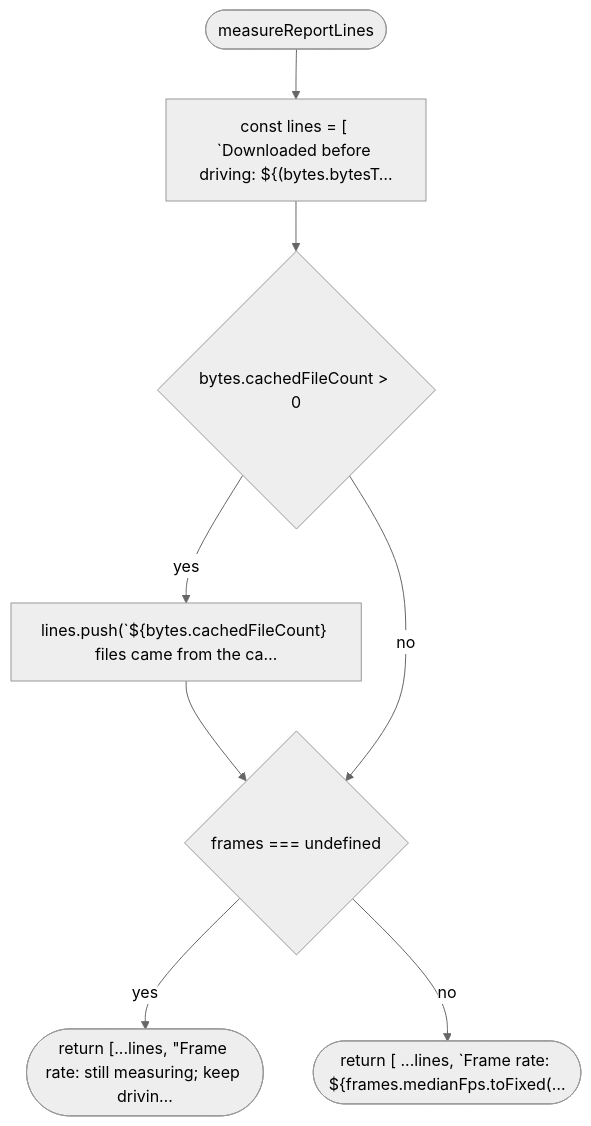
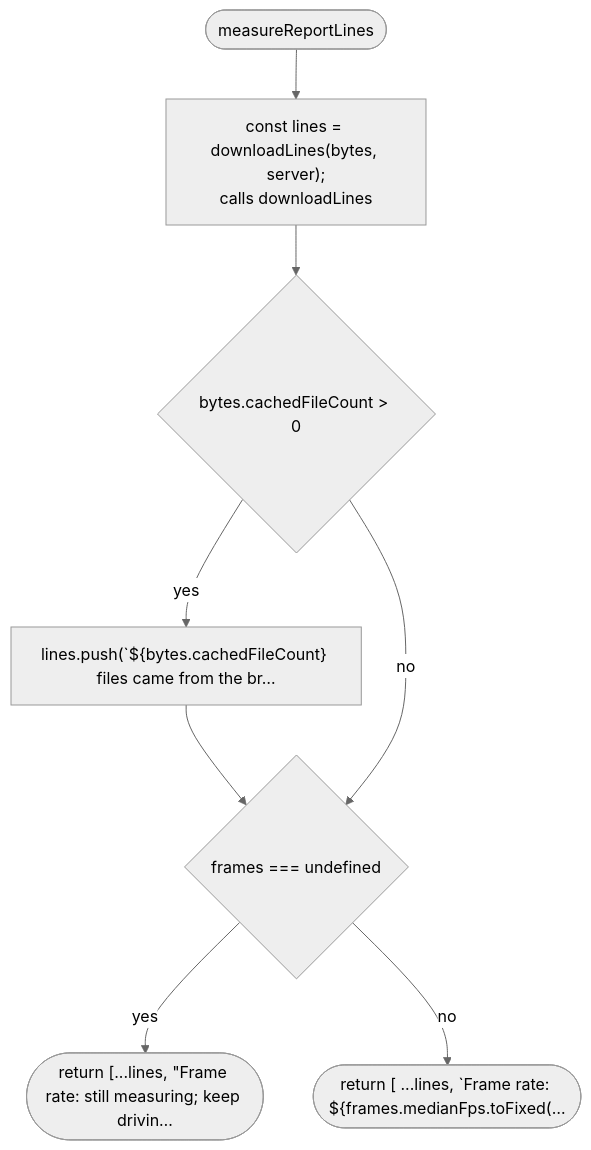
One commit to NewDara-Star/world-engine changed diagram 13 of 13 in docs/flows/src/measure/measure.md. Above: the diagram before and after it, drawn with Mermaid (neutral theme). The commit also changed other lines of this file and 7 other files, not shown here.

````diff
--- a/docs/flows/src/measure/measure.md
+++ b/docs/flows/src/measure/measure.md
@@ -81,17 +263,17 @@
 ```mermaid
 flowchart TD
   n1(["measureReportLines"])
-  n2["const lines = [ #96;Downloaded before driving: ${(bytes.bytesT…"]
+  n2["const lines = downloadLines(bytes, server);<br/>calls downloadLines"]
   n3{"bytes.cachedFileCount #gt; 0"}
-  n4["lines.push(#96;${bytes.cachedFileCount} files came from the ca…"]
+  n4["lines.push(#96;${bytes.cachedFileCount} files came from the br…"]
   n5{"frames === undefined"}
   n6(["return [...lines, #quot;Frame rate: still measuring; keep drivin…"])
   n7(["return [ ...lines, #96;Frame rate: ${frames.medianFps.toFixed(…"])
   n1 --> n2
   n2 --> n3
   n3 -->|"yes"| n4
   n4 --> n5
   n3 -->|"no"| n5
   n5 -->|"yes"| n6
   n5 -->|"no"| n7
 ```
````
